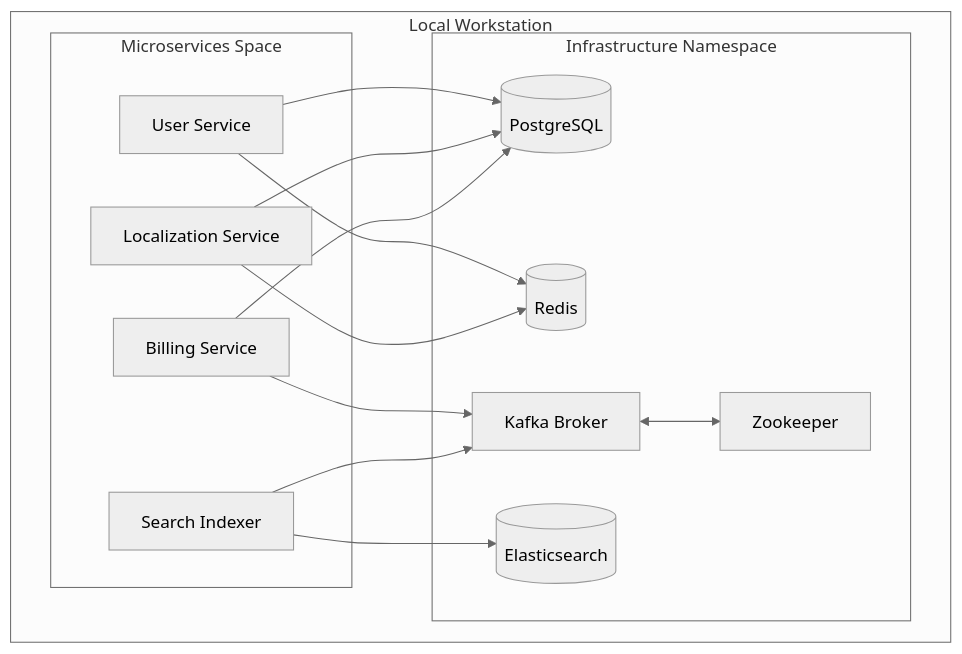
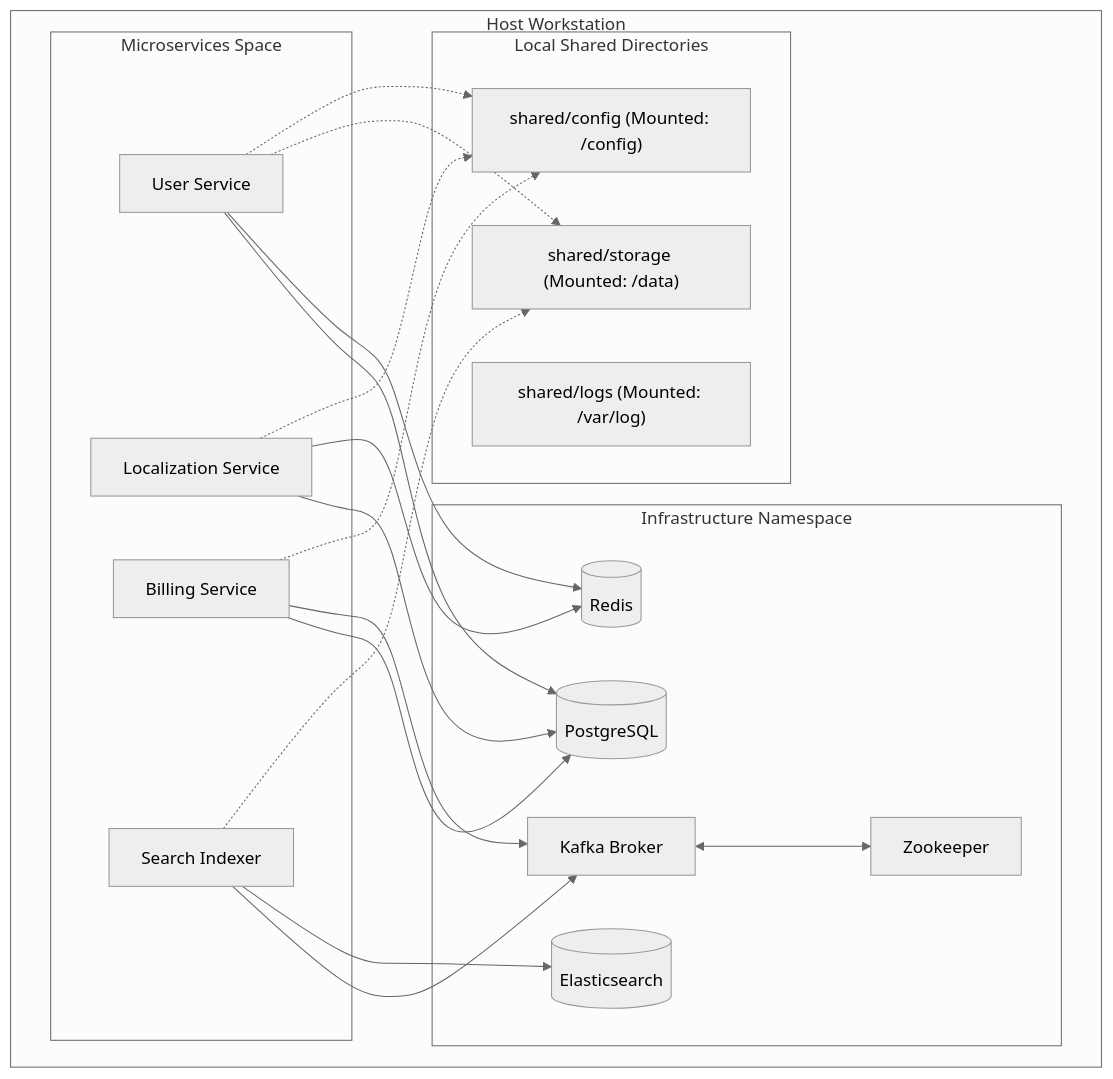
Before and after one commit to AnirudhI17/digit-infrastructure: the diagram in docs/architecture.md, drawn with Mermaid (neutral theme). The commit also changed other lines of this file and 36 other files, not shown here.

````diff
--- a/docs/architecture.md
+++ b/docs/architecture.md
@@ -7,25 +7,36 @@
 ```mermaid
-graph TD
-    subgraph Local Workstation
+flowchart TD
+    subgraph Host Workstation
         subgraph Developer Environment [Infrastructure Namespace]
             DB[(PostgreSQL)]
             Cache[(Redis)]
             ES[(Elasticsearch)]
             ZK[Zookeeper]
             KF[Kafka Broker]
         end
 
+        subgraph Local Shared Directories
+            Storage["shared/storage (Mounted: /data)"]
+            Config["shared/config (Mounted: /config)"]
+            Logs["shared/logs (Mounted: /var/log)"]
+        end
+
         subgraph DIGIT Services [Microservices Space]
             SVC1[User Service] --> DB
             SVC1 --> Cache
+            SVC1 -.-> Storage
+            SVC1 -.-> Config
             SVC2[Localization Service] --> DB
             SVC2 --> Cache
+            SVC2 -.-> Config
             SVC3[Billing Service] --> DB
             SVC3 --> KF
+            SVC3 -.-> Config
             SVC4[Search Indexer] --> KF
             SVC4 --> ES
+            SVC4 -.-> Storage
         end
     end
 
     KF <--> ZK
 ```
````
